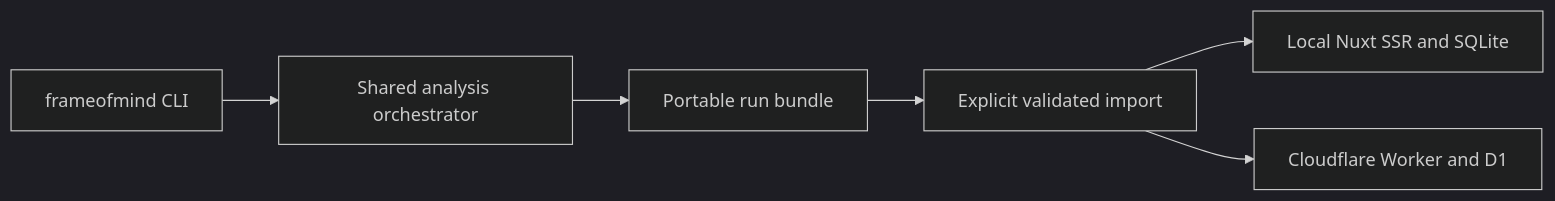
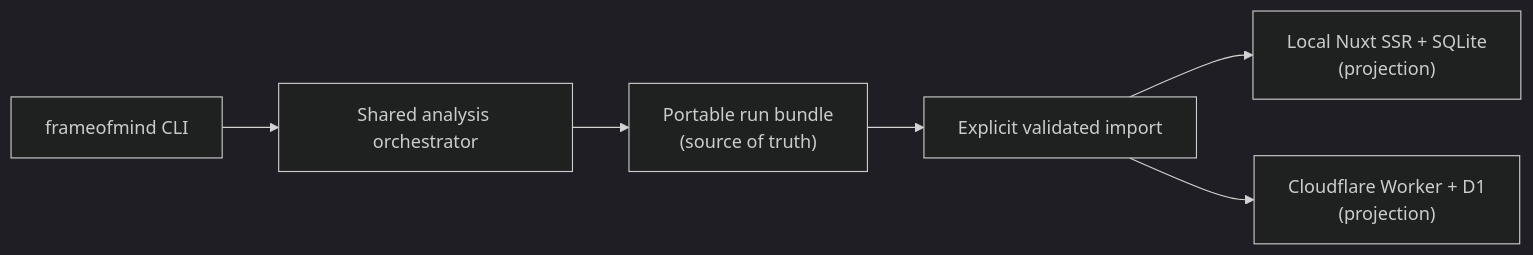
Before and after one commit to jchu96/frame-of-mind: the third of 3 diagrams in README.md, drawn with Mermaid (dark theme). The commit also changed other lines of this file, not shown here.

First line of the commit message:
docs: restructure README with clearer pitch and GitHub-native diagrams

````diff
--- a/README.md
+++ b/README.md
@@ -510,14 +383,8 @@
 ```mermaid
 flowchart LR
-    CLI[frameofmind CLI]
-    Core[Shared analysis orchestrator]
-    Bundle[Portable run bundle]
-    Import[Explicit validated import]
-    Local[Local Nuxt SSR and SQLite]
-    Cloud[Cloudflare Worker and D1]
-
-    CLI --> Core --> Bundle
-    Bundle --> Import
-    Import --> Local
-    Import --> Cloud
+    CLI["frameofmind CLI"] --> Core["Shared analysis orchestrator"]
+    Core --> Bundle["Portable run bundle<br/>(source of truth)"]
+    Bundle --> Import["Explicit validated import"]
+    Import --> Local["Local Nuxt SSR + SQLite<br/>(projection)"]
+    Import --> Cloud["Cloudflare Worker + D1<br/>(projection)"]
 ```
````
